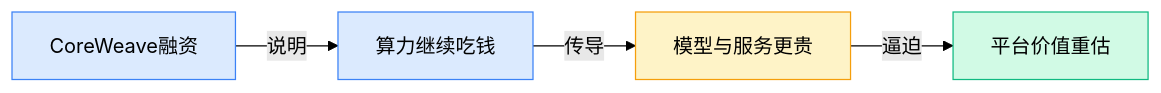
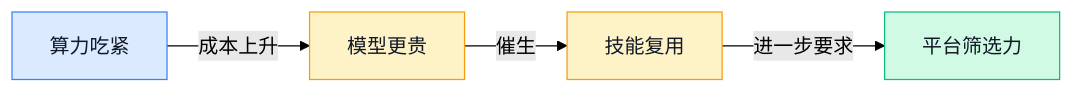
The fifth of 8 diagrams in content/cn/blog/weekly/2026-W16.md (ylzsdafei/ai-daily-site), drawn with Mermaid (forest theme) before and after one commit. The commit also changed other lines of this file and 1 other file, not shown here.

````diff
--- a/content/cn/blog/weekly/2026-W16.md
+++ b/content/cn/blog/weekly/2026-W16.md
@@ -139,10 +154,12 @@
 ```mermaid
 graph LR
-A[CoreWeave融资]-->|说明|B[算力继续吃钱]-->|传导|C[模型与服务更贵]-->|逼迫|D[平台价值重估]
-classDef blue fill:#dbeafe,stroke:#3b82f6
-classDef yellow fill:#fef3c7,stroke:#f59e0b
-classDef green fill:#d1fae5,stroke:#10b981
-class A,B blue
-class C yellow
+A[算力吃紧] -->|成本上升| B[模型更贵]
+B -->|催生| C[技能复用]
+C -->|进一步要求| D[平台筛选力]
+classDef blue fill:#dbeafe,stroke:#3b82f6,color:#111827
+classDef yellow fill:#fef3c7,stroke:#f59e0b,color:#111827
+classDef green fill:#d1fae5,stroke:#10b981,color:#111827
+class A blue
+class B,C yellow
 class D green
 ```
````
